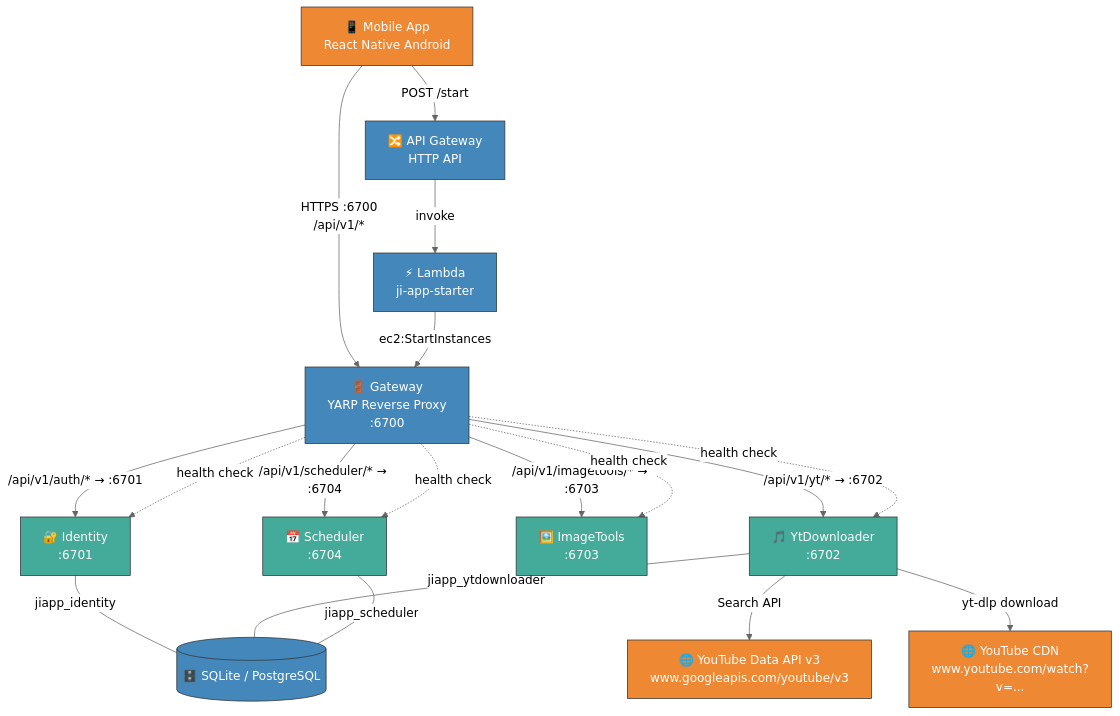
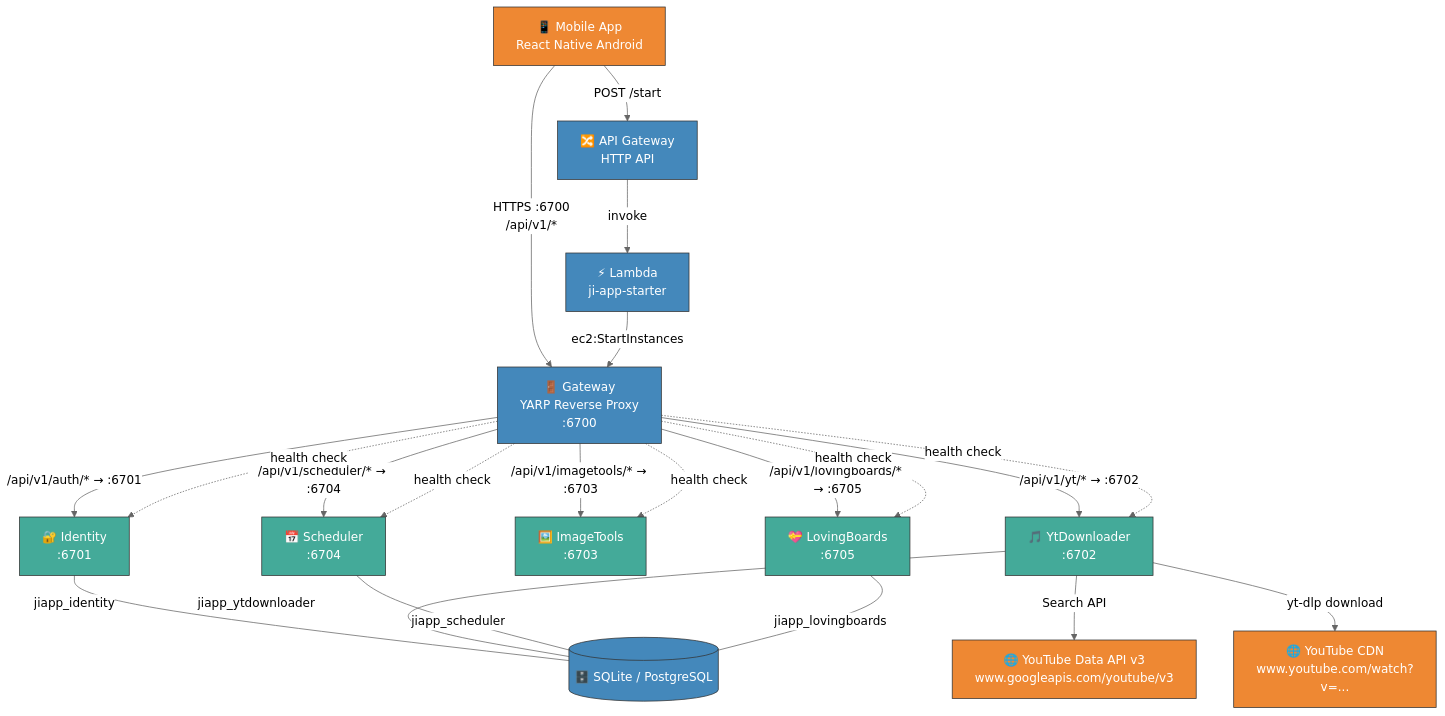
One commit to JakubIwicki/JiApp changed the diagram in URLS.md. Above: the diagram before and after it, drawn with Mermaid (neutral theme). The commit also changed other lines of this file and 110 other files, not shown here.

First line of the commit message:
feat(backend): LovingBoards module — shared live collaborative boards (#47)

````diff
--- a/URLS.md
+++ b/URLS.md
@@ -9,56 +9,60 @@
 ```mermaid
 graph TD
     %% External
     Mobile["📱 Mobile App<br/>React Native Android"]
     YouTube["🌐 YouTube Data API v3<br/>www.googleapis.com/youtube/v3"]
     YtDlp["🌐 YouTube CDN<br/>www.youtube.com/watch?v=..."]
 
     %% Infrastructure (production uses SQLite, dev uses SQLite or PostgreSQL)
     DB[("🗄️ SQLite / PostgreSQL<br/>")]
     GW["🚪 Gateway<br/>YARP Reverse Proxy<br/>:6700"]
     Lambda["⚡ Lambda<br/>ji-app-starter"]
     APIGW["🔀 API Gateway<br/>HTTP API"]
 
     %% Services
     ID["🔐 Identity<br/>:6701"]
     YT["🎵 YtDownloader<br/>:6702"]
     IMG["🖼️ ImageTools<br/>:6703"]
     SCH["📅 Scheduler<br/>:6704"]
+    LB["💝 LovingBoards<br/>:6705"]
 
     %% Mobile → Gateway
     Mobile -->|"HTTPS :6700<br/>/api/v1/*"| GW
 
     %% Gateway → Downstream (YARP routes)
     GW -->|"/api/v1/auth/* → :6701"| ID
     GW -->|"/api/v1/yt/* → :6702"| YT
     GW -->|"/api/v1/imagetools/* → :6703"| IMG
     GW -->|"/api/v1/scheduler/* → :6704"| SCH
+    GW -->|"/api/v1/lovingboards/* → :6705"| LB
 
     %% Gateway health probes
     GW -.->|"health check"| ID
     GW -.->|"health check"| YT
     GW -.->|"health check"| IMG
     GW -.->|"health check"| SCH
+    GW -.->|"health check"| LB
 
     %% Service → DB
     ID ---|"jiapp_identity"| DB
     YT ---|"jiapp_ytdownloader"| DB
     SCH ---|"jiapp_scheduler"| DB
+    LB ---|"jiapp_lovingboards"| DB
 
     %% Wake-up flow (production)
     Mobile -->|"POST /start"| APIGW
     APIGW -->|"invoke"| Lambda
     Lambda -->|"ec2:StartInstances"| GW
 
     %% External calls
     YT -->|"Search API"| YouTube
     YT -->|"yt-dlp download"| YtDlp
 
     %% Styling
     classDef live fill:#4a9,stroke:#333,color:#fff
     classDef infra fill:#48b,stroke:#333,color:#fff
     classDef external fill:#e83,stroke:#333,color:#fff
-    class GW,ID,YT,IMG,SCH live
+    class GW,ID,YT,IMG,SCH,LB live
     class DB,GW,Lambda,APIGW infra
     class YouTube,YtDlp,Mobile external
 ```
````
